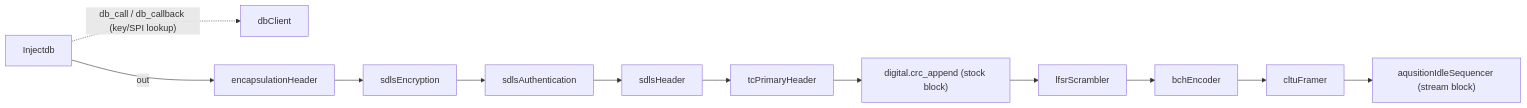
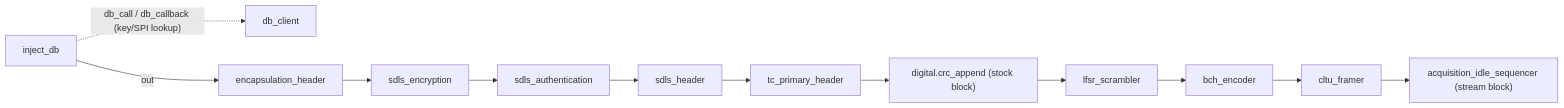
Before and after one commit to aris-space/soarr-groundstation-gnuradio: the first of 2 diagrams in claude/architecture.md, drawn with Mermaid. The commit also changed other lines of this file and 141 other files, not shown here.

````diff
--- a/claude/architecture.md
+++ b/claude/architecture.md
@@ -29,27 +27,27 @@
 ```mermaid
 flowchart LR
-    dbClient["dbClient"]
-    Injectdb["Injectdb"]
-    encapsulationHeader["encapsulationHeader"]
-    sdlsEncryption["sdlsEncryption"]
-    sdlsAuthentication["sdlsAuthentication"]
-    sdlsHeader["sdlsHeader"]
-    tcPrimaryHeader["tcPrimaryHeader"]
+    dbClient["db_client"]
+    Injectdb["inject_db"]
+    encapsulationHeader["encapsulation_header"]
+    sdlsEncryption["sdls_encryption"]
+    sdlsAuthentication["sdls_authentication"]
+    sdlsHeader["sdls_header"]
+    tcPrimaryHeader["tc_primary_header"]
     crcAppend["digital.crc_append (stock block)"]
-    lfsrScrambler["lfsrScrambler"]
-    bchEncoder["bchEncoder"]
-    cltuFramer["cltuFramer"]
-    aqusitionIdleSequencer["aqusitionIdleSequencer (stream block)"]
+    lfsrScrambler["lfsr_scrambler"]
+    bchEncoder["bch_encoder"]
+    cltuFramer["cltu_framer"]
+    aqusitionIdleSequencer["acquisition_idle_sequencer (stream block)"]
 
     Injectdb -. "db_call / db_callback (key/SPI lookup)" .-> dbClient
     Injectdb -- out --> encapsulationHeader
     encapsulationHeader --> sdlsEncryption
     sdlsEncryption --> sdlsAuthentication
     sdlsAuthentication --> sdlsHeader
     sdlsHeader --> tcPrimaryHeader
     tcPrimaryHeader --> crcAppend
     crcAppend --> lfsrScrambler
     lfsrScrambler --> bchEncoder
     bchEncoder --> cltuFramer
     cltuFramer --> aqusitionIdleSequencer
 ```
````
